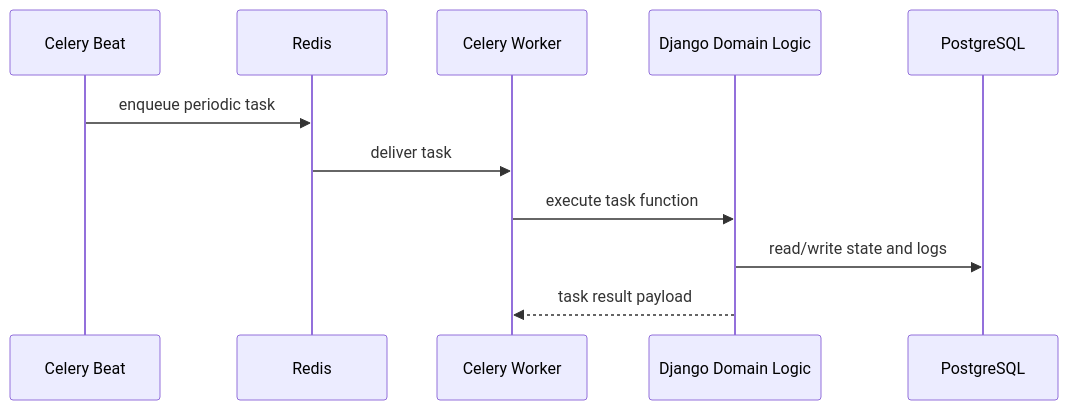
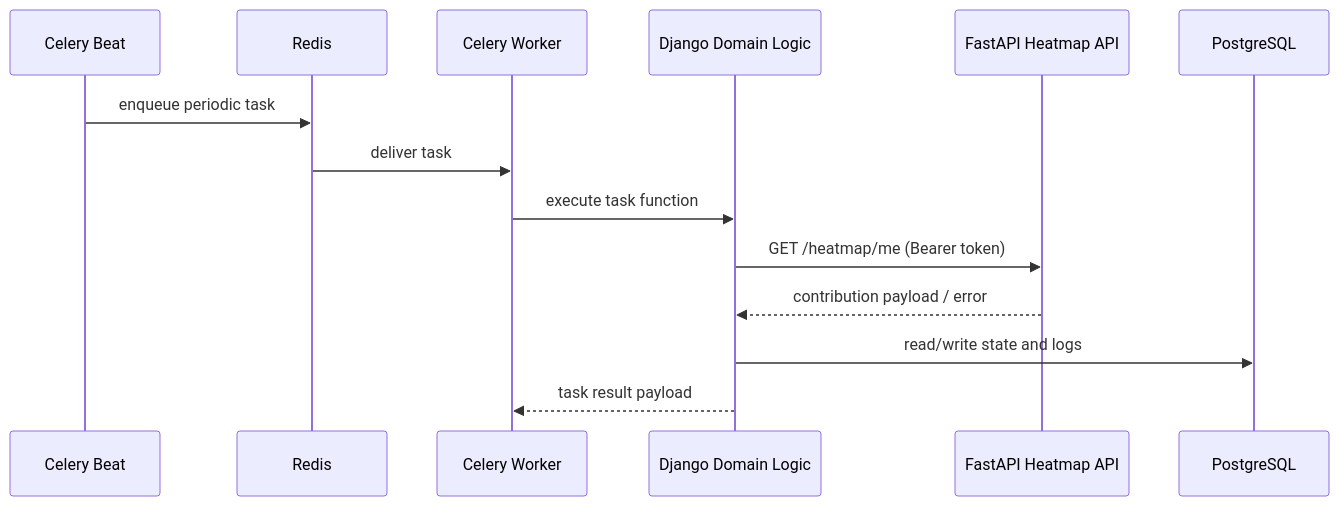
The second of 2 diagrams in docs/architecture.md (stokuj/my-django-portfolio), drawn with Mermaid before and after one commit. The commit also changed other lines of this file and 2 other files, not shown here.

First line of the commit message:
Add FastAPI heatmap integration docs

````diff
--- a/docs/architecture.md
+++ b/docs/architecture.md
@@ -43,14 +72,17 @@
 ```mermaid
 sequenceDiagram
     participant Beat as Celery Beat
     participant Redis as Redis
     participant Worker as Celery Worker
     participant Django as Django Domain Logic
+    participant FastAPI as FastAPI Heatmap API
     participant DB as PostgreSQL
 
     Beat->>Redis: enqueue periodic task
     Redis->>Worker: deliver task
     Worker->>Django: execute task function
+    Django->>FastAPI: GET /heatmap/me (Bearer token)
+    FastAPI-->>Django: contribution payload / error
     Django->>DB: read/write state and logs
     Django-->>Worker: task result payload
 ```
````
